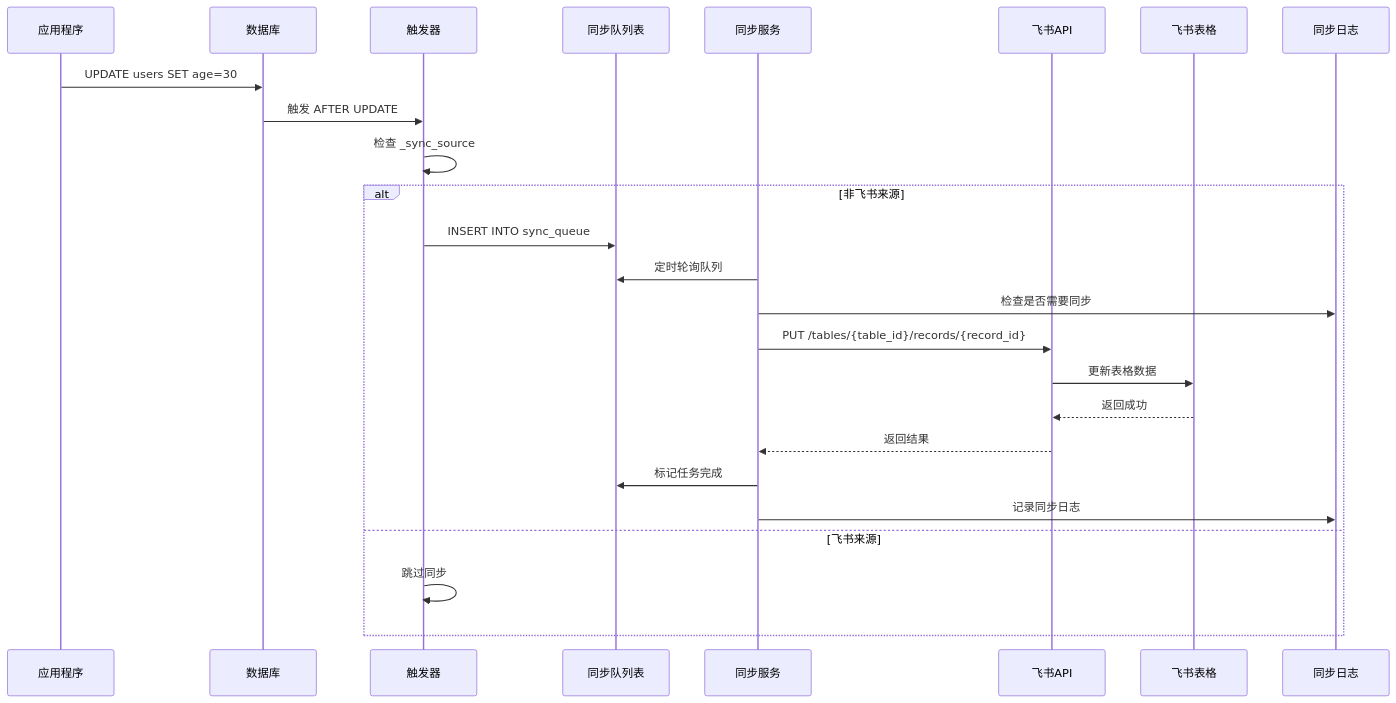
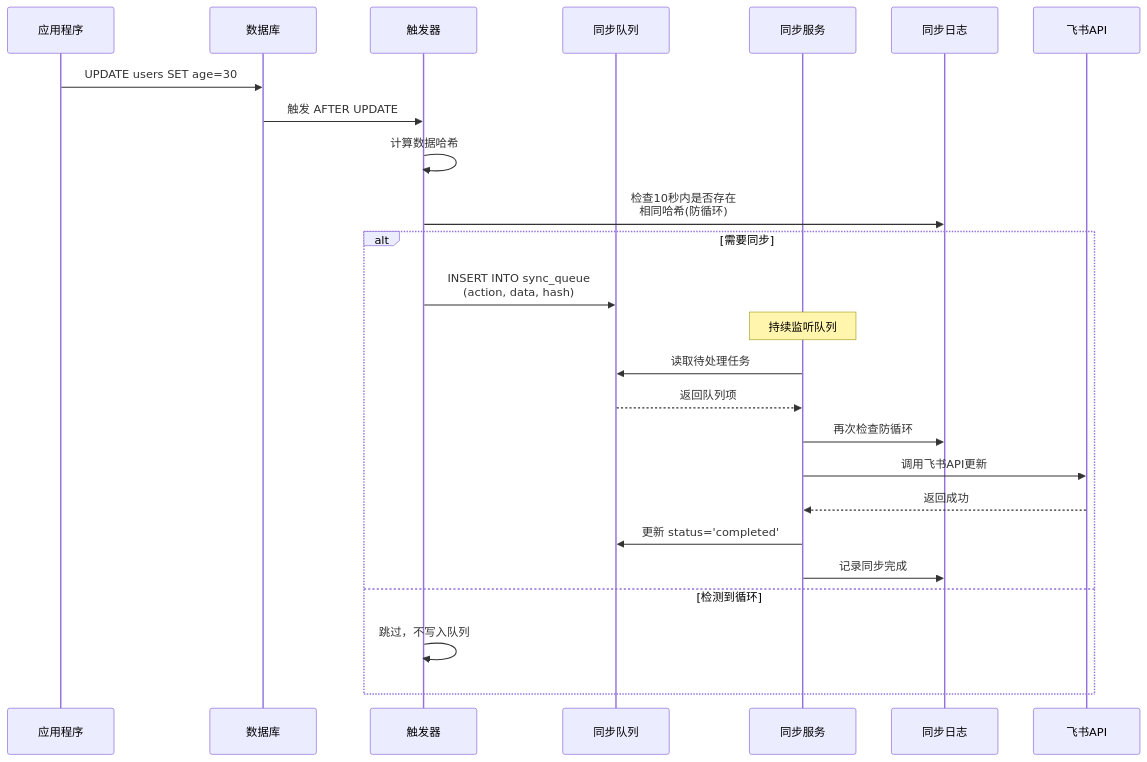
One commit to lory7c/db-fs changed the third of 5 diagrams in README1.md. Above: the diagram before and after it, drawn with Mermaid. The commit also changed other lines of this file and 4 other files, not shown here.

````diff
--- a/README1.md
+++ b/README1.md
@@ -64,28 +79,28 @@
 ```mermaid
 sequenceDiagram
     participant A as 应用程序
     participant D as 数据库
     participant T as 触发器
-    participant Q as 同步队列表
+    participant Q as 同步队列
     participant S as 同步服务
+    participant L as 同步日志
     participant F as 飞书API
-    participant B as 飞书表格
-    participant L as 同步日志
 
     A->>D: UPDATE users SET age=30
     D->>T: 触发 AFTER UPDATE
-    T->>T: 检查 _sync_source
-    alt 非飞书来源
-        T->>Q: INSERT INTO sync_queue
-        S->>Q: 定时轮询队列
-        S->>L: 检查是否需要同步
-        S->>F: PUT /tables/{table_id}/records/{record_id}
-        F->>B: 更新表格数据
-        B-->>F: 返回成功
-        F-->>S: 返回结果
-        S->>Q: 标记任务完成
-        S->>L: 记录同步日志
-    else 飞书来源
-        T->>T: 跳过同步
+    T->>T: 计算数据哈希
+    T->>L: 检查10秒内是否存在<br/>相同哈希(防循环)
+    alt 需要同步
+        T->>Q: INSERT INTO sync_queue<br/>(action, data, hash)
+        Note over S: 持续监听队列
+        S->>Q: 读取待处理任务
+        Q-->>S: 返回队列项
+        S->>L: 再次检查防循环
+        S->>F: 调用飞书API更新
+        F-->>S: 返回成功
+        S->>Q: 更新 status='completed'
+        S->>L: 记录同步完成
+    else 检测到循环
+        T->>T: 跳过，不写入队列
     end
 ```
````
